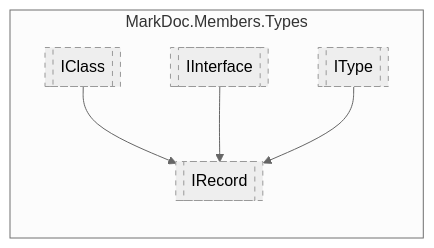
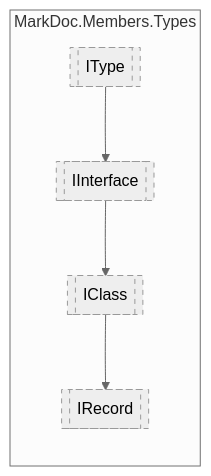
Before and after one commit to hailstorm75/ModularDoc: the diagram in sourceWiki/markdoc/members/types/IRecord.md, drawn with Mermaid (neutral theme). The commit also changed 20 other files, not shown here.

````diff
--- a/sourceWiki/markdoc/members/types/IRecord.md
+++ b/sourceWiki/markdoc/members/types/IRecord.md
@@ -7,18 +7,18 @@
 ```mermaid
   flowchart LR
   classDef interfaceStyle stroke-dasharray: 5 5;
   classDef abstractStyle stroke-width:4px
   subgraph MarkDoc.Members.Types
   MarkDoc.Members.Types.IRecord[[IRecord]]
   class MarkDoc.Members.Types.IRecord interfaceStyle;
   MarkDoc.Members.Types.IClass[[IClass]]
   class MarkDoc.Members.Types.IClass interfaceStyle;
   MarkDoc.Members.Types.IInterface[[IInterface]]
   class MarkDoc.Members.Types.IInterface interfaceStyle;
   MarkDoc.Members.Types.IType[[IType]]
   class MarkDoc.Members.Types.IType interfaceStyle;
   end
 MarkDoc.Members.Types.IClass --> MarkDoc.Members.Types.IRecord
-MarkDoc.Members.Types.IInterface --> MarkDoc.Members.Types.IRecord
-MarkDoc.Members.Types.IType --> MarkDoc.Members.Types.IRecord
+MarkDoc.Members.Types.IInterface --> MarkDoc.Members.Types.IClass
+MarkDoc.Members.Types.IType --> MarkDoc.Members.Types.IInterface
 ```
````
